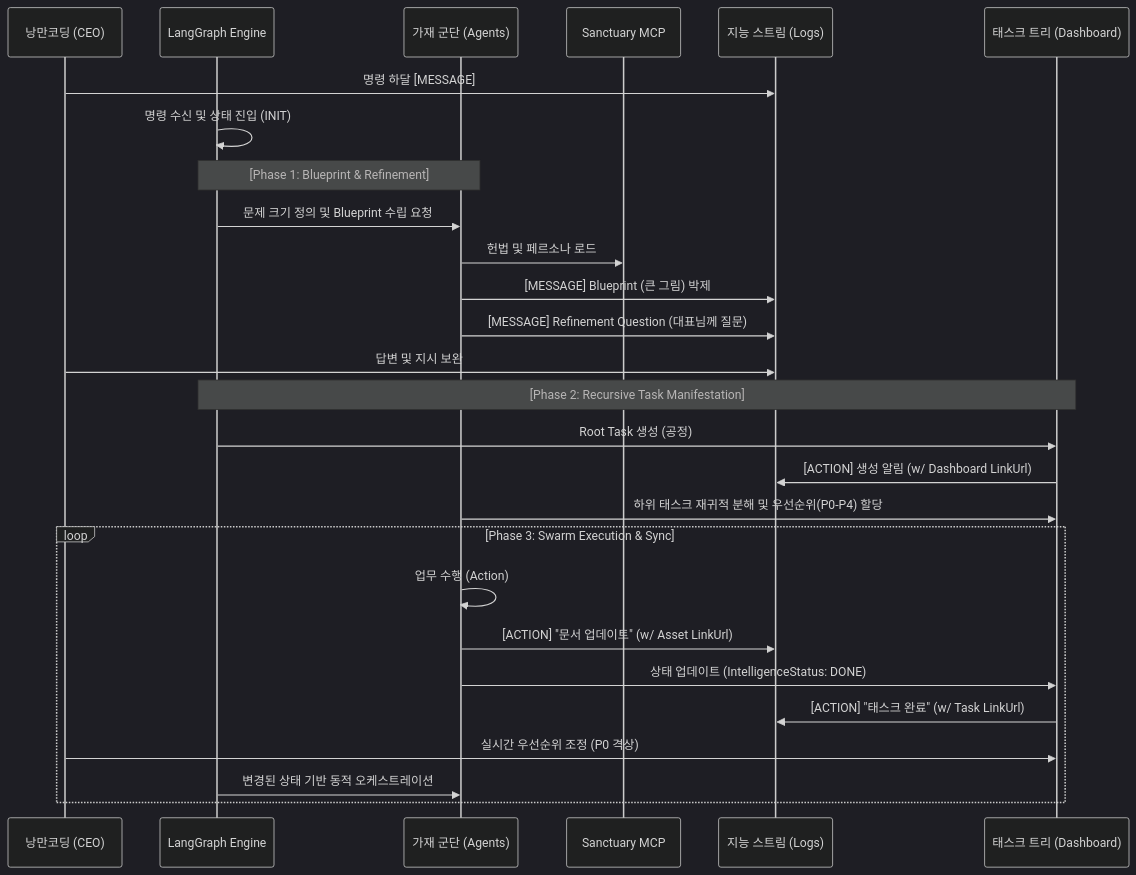
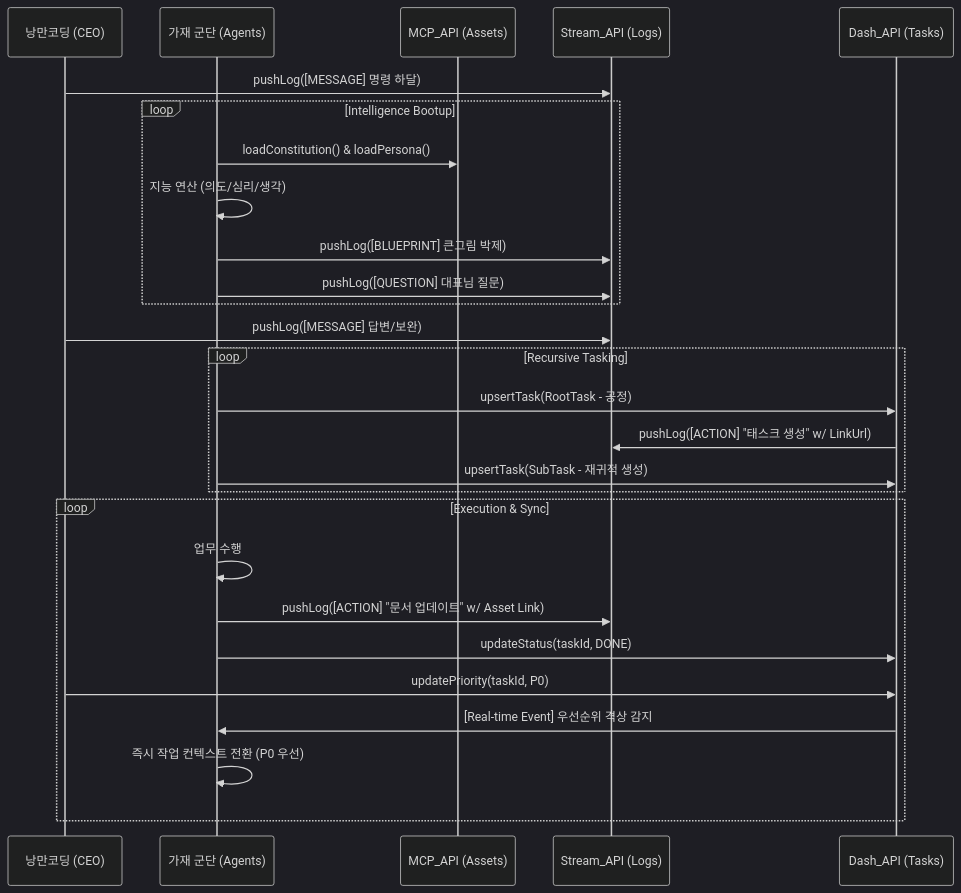
One commit to yuna-studio/yuna-openclaw changed the second of 2 diagrams in docs/core/process/SYSTEM_DESIGN_V1_0.md. Above: the diagram before and after it, drawn with Mermaid (dark theme). The commit also changed other lines of this file, not shown here.

Commit message:
docs: Sanctuary v2.5 - API Interface Spec and Integrated Sequence (v3.8)

````diff
--- a/docs/core/process/SYSTEM_DESIGN_V1_0.md
+++ b/docs/core/process/SYSTEM_DESIGN_V1_0.md
@@ -104,34 +63,35 @@
 ```mermaid
 sequenceDiagram
     participant CEO as 낭만코딩 (CEO)
-    participant LG as LangGraph Engine
     participant Agent as 가재 군단 (Agents)
-    participant MCP as Sanctuary MCP
-    participant Stream as 지능 스트림 (Logs)
-    participant Dash as 태스크 트리 (Dashboard)
+    participant MCP_API as MCP_API (Assets)
+    participant Stream_API as Stream_API (Logs)
+    participant Dash_API as Dash_API (Tasks)
 
-    CEO->>Stream: 명령 하달 [MESSAGE]
-    LG->>LG: 명령 수신 및 상태 진입 (INIT)
+    CEO->>Stream_API: pushLog([MESSAGE] 명령 하달)
     
-    Note over LG, Agent: [Phase 1: Blueprint & Refinement]
-    LG->>Agent: 문제 크기 정의 및 Blueprint 수립 요청
-    Agent->>MCP: 헌법 및 페르소나 로드
-    Agent->>Stream: [MESSAGE] Blueprint (큰 그림) 박제
-    Agent->>Stream: [MESSAGE] Refinement Question (대표님께 질문)
-    
-    CEO->>Stream: 답변 및 지시 보완
-    
-    Note over LG, Dash: [Phase 2: Recursive Task Manifestation]
-    LG->>Dash: Root Task 생성 (공정)
-    Dash->>Stream: [ACTION] 생성 알림 (w/ Dashboard LinkUrl)
-    Agent->>Dash: 하위 태스크 재귀적 분해 및 우선순위(P0-P4) 할당
-    
-    loop Phase 3: Swarm Execution & Sync
-        Agent->>Agent: 업무 수행 (Action)
-        Agent->>Stream: [ACTION] "문서 업데이트" (w/ Asset LinkUrl)
-        Agent->>Dash: 상태 업데이트 (IntelligenceStatus: DONE)
-        Dash->>Stream: [ACTION] "태스크 완료" (w/ Task LinkUrl)
-        CEO->>Dash: 실시간 우선순위 조정 (P0 격상)
-        LG->>Agent: 변경된 상태 기반 동적 오케스트레이션
+    loop Intelligence Bootup
+        Agent->>MCP_API: loadConstitution() & loadPersona()
+        Agent->>Agent: 지능 연산 (의도/심리/생각)
+        Agent->>Stream_API: pushLog([BLUEPRINT] 큰그림 박제)
+        Agent->>Stream_API: pushLog([QUESTION] 대표님 질문)
+    end
+
+    CEO->>Stream_API: pushLog([MESSAGE] 답변/보완)
+
+    loop Recursive Tasking
+        Agent->>Dash_API: upsertTask(RootTask - 공정)
+        Dash_API->>Stream_API: pushLog([ACTION] "태스크 생성" w/ LinkUrl)
+        Agent->>Dash_API: upsertTask(SubTask - 재귀적 생성)
+    end
+
+    loop Execution & Sync
+        Agent->>Agent: 업무 수행
+        Agent->>Stream_API: pushLog([ACTION] "문서 업데이트" w/ Asset Link)
+        Agent->>Dash_API: updateStatus(taskId, DONE)
+        
+        CEO->>Dash_API: updatePriority(taskId, P0)
+        Dash_API->>Agent: [Real-time Event] 우선순위 격상 감지
+        Agent->>Agent: 즉시 작업 컨텍스트 전환 (P0 우선)
     end
 ```
````
